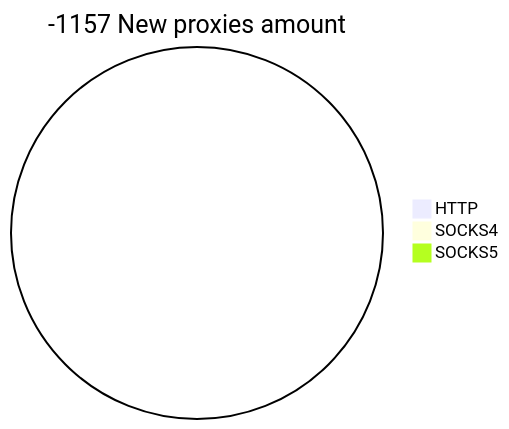
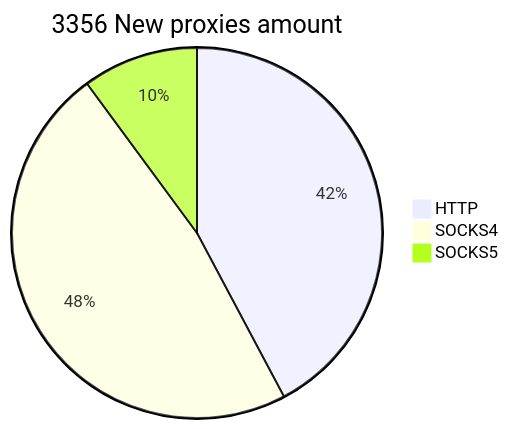
Before and after one commit to cutipu/proxylist: the second of 2 diagrams in README.md, drawn with Mermaid. The commit also changed other lines of this file, not shown here.

````diff
--- a/README.md
+++ b/README.md
@@ -10,6 +10,6 @@
 ```mermaid
-pie title -1157 New proxies amount
-    "HTTP" : 0
-    "SOCKS4" : 0
-    "SOCKS5" : 0
+pie title 3356 New proxies amount
+    "HTTP" : 1417
+    "SOCKS4" : 1600
+    "SOCKS5" : 339
 ```
````
